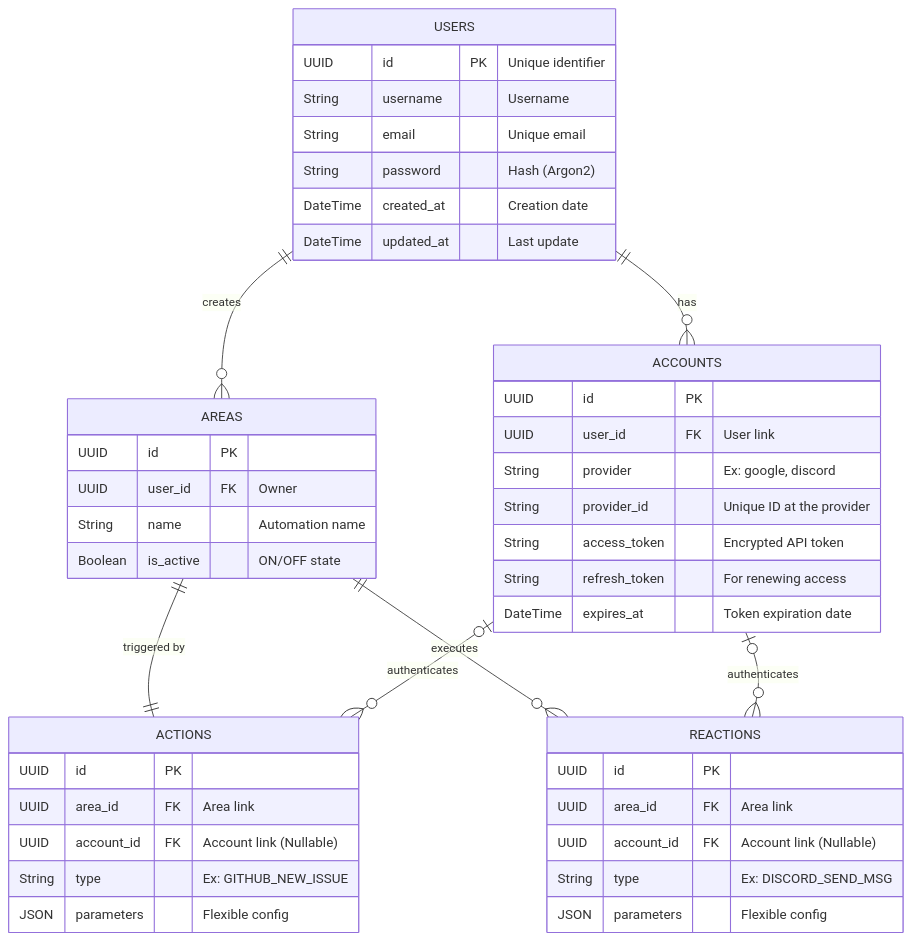
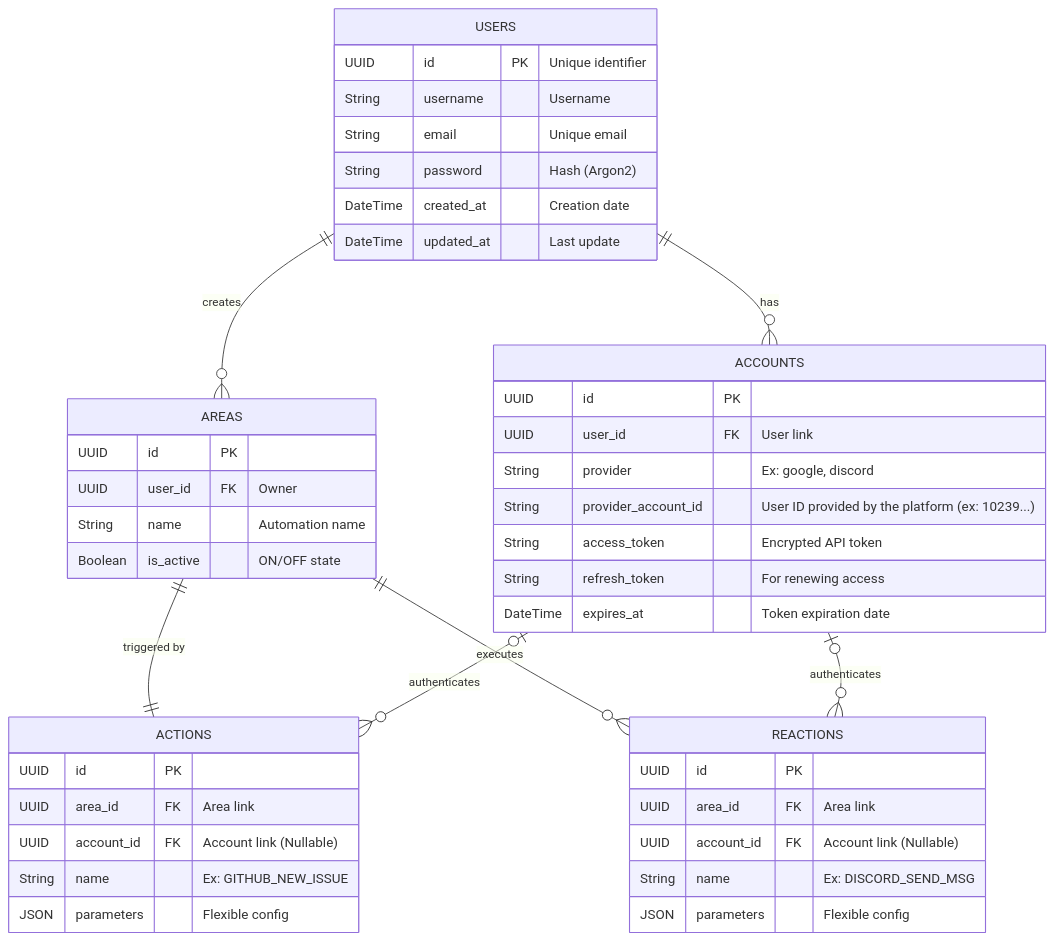
Before and after one commit to Matyslgr/AREA: the diagram in docs/DATABASE_SCHEMA.md, drawn with Mermaid. The commit also changed 1 other file, not shown here.

Commit message:
feat(docs): add API_SPECIFICATION.md + enhanced DATABASE_SCHEMA.md (Closes: #13).

````diff
--- a/docs/DATABASE_SCHEMA.md
+++ b/docs/DATABASE_SCHEMA.md
@@ -7,55 +7,55 @@
 ```mermaid
 erDiagram
     %% --- Users ---
     USERS {
         UUID id PK "Unique identifier"
         String username "Username"
         String email "Unique email"
         String password "Hash (Argon2)"
         DateTime created_at "Creation date"
         DateTime updated_at "Last update"
     }
 
     %% --- OAUTH & ACCOUNTS ---
     ACCOUNTS {
         UUID id PK
         UUID user_id FK "User link"
         String provider "Ex: google, discord"
-        String provider_id "Unique ID at the provider"
+        String provider_account_id "User ID provided by the platform (ex: 10239...)"
         String access_token "Encrypted API token"
         String refresh_token "For renewing access"
         DateTime expires_at "Token expiration date"
     }
 
     %% --- AREA (Action REAction) ---
     AREAS {
         UUID id PK
         UUID user_id FK "Owner"
         String name "Automation name"
         Boolean is_active "ON/OFF state"
     }
 
     ACTIONS {
         UUID id PK
         UUID area_id FK "Area link"
         UUID account_id FK "Account link (Nullable)"
-        String type "Ex: GITHUB_NEW_ISSUE"
+        String name "Ex: GITHUB_NEW_ISSUE"
         JSON parameters "Flexible config"
     }
 
     REACTIONS {
         UUID id PK
         UUID area_id FK "Area link"
         UUID account_id FK "Account link (Nullable)"
-        String type "Ex: DISCORD_SEND_MSG"
+        String name "Ex: DISCORD_SEND_MSG"
         JSON parameters "Flexible config"
     }
 
     %% --- RELATIONS ---
     USERS ||--o{ ACCOUNTS : "has"
     USERS ||--o{ AREAS : "creates"
     AREAS ||--|| ACTIONS : "triggered by"
     AREAS ||--o{ REACTIONS : "executes"
     ACCOUNTS |o--o{ ACTIONS : "authenticates"
     ACCOUNTS |o--o{ REACTIONS : "authenticates"
 ```
````
